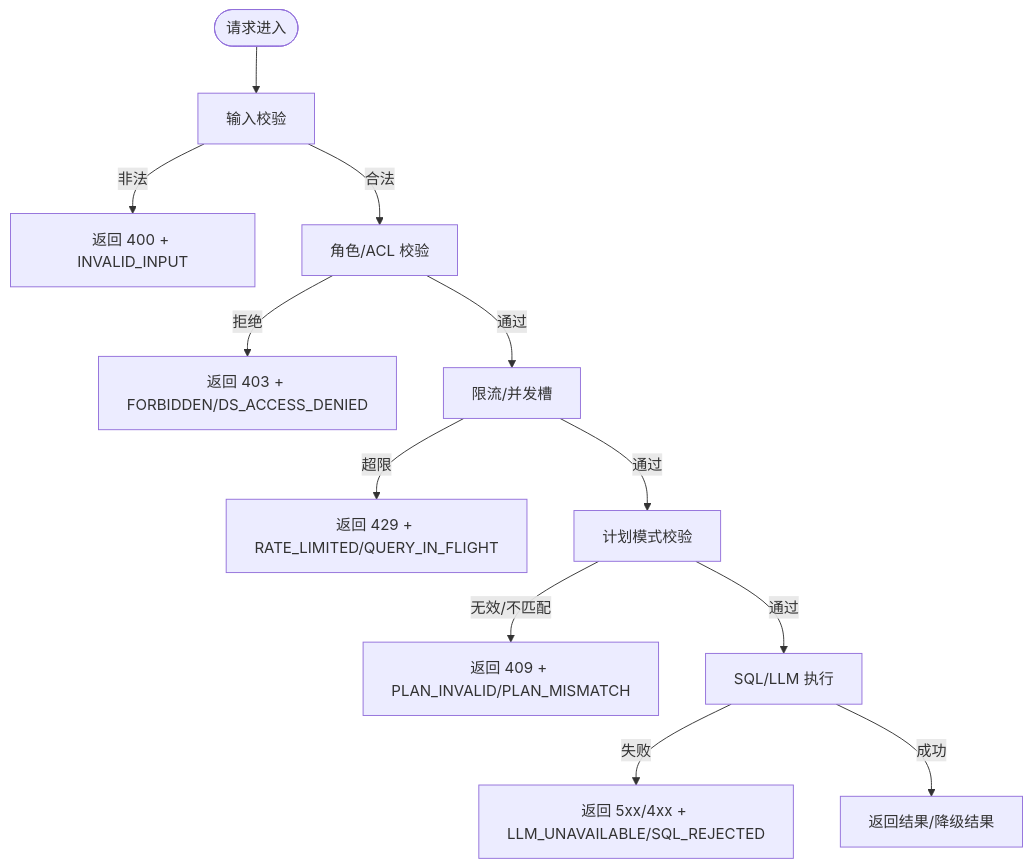
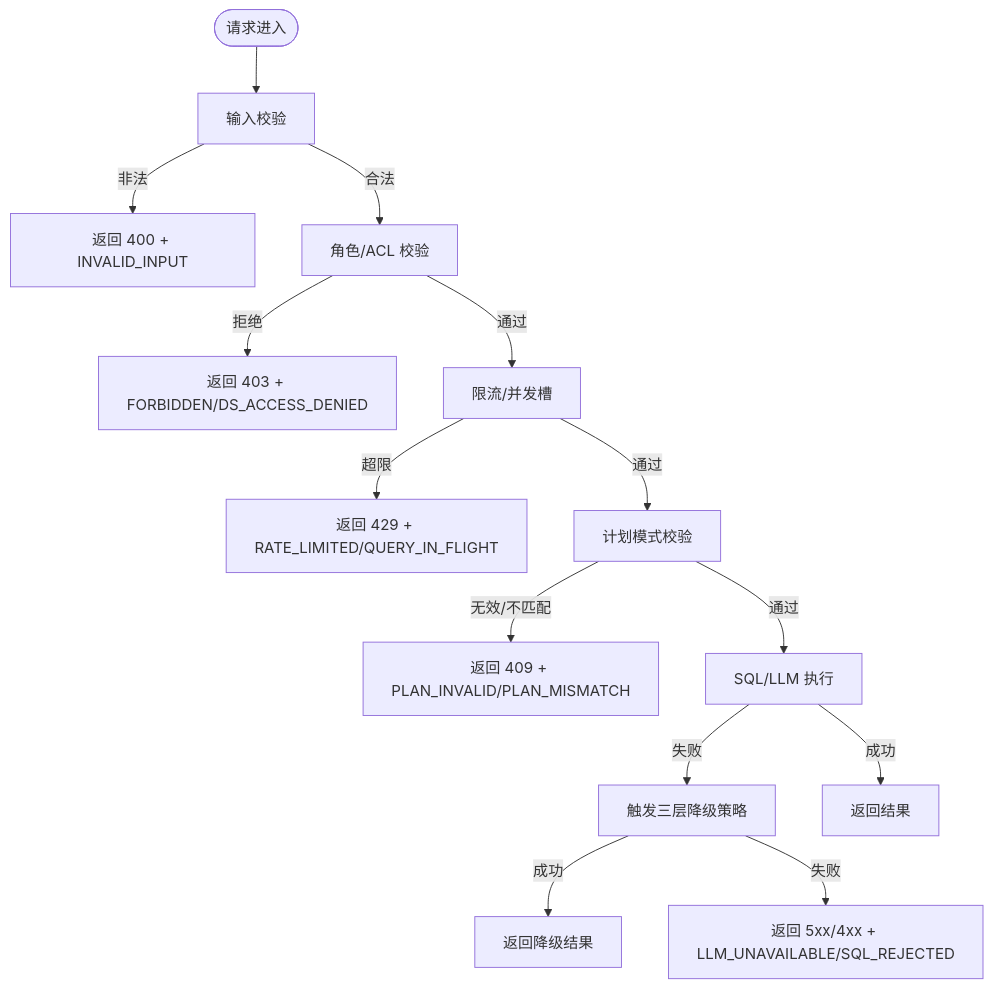
The third of 9 diagrams in .qoder/repowiki/zh/content/后端服务/API设计与规范/错误处理策略.md (dgjin/smart-data-analytics), drawn with Mermaid before and after one commit. The commit also changed other lines of this file and 10 other files, not shown here.

````diff
--- a/.qoder/repowiki/zh/content/后端服务/API设计与规范/错误处理策略.md
+++ b/.qoder/repowiki/zh/content/后端服务/API设计与规范/错误处理策略.md
@@ -138,14 +156,16 @@
 ```mermaid
 flowchart TD
 Start(["请求进入"]) --> Input["输入校验"]
 Input --> |非法| ErrInput["返回 400 + INVALID_INPUT"]
 Input --> |合法| Auth["角色/ACL 校验"]
 Auth --> |拒绝| ErrForbidden["返回 403 + FORBIDDEN/DS_ACCESS_DENIED"]
 Auth --> |通过| Rate["限流/并发槽"]
 Rate --> |超限| ErrRate["返回 429 + RATE_LIMITED/QUERY_IN_FLIGHT"]
 Rate --> |通过| Plan["计划模式校验"]
 Plan --> |无效/不匹配| ErrPlan["返回 409 + PLAN_INVALID/PLAN_MISMATCH"]
 Plan --> |通过| Exec["SQL/LLM 执行"]
-Exec --> |失败| ErrExec["返回 5xx/4xx + LLM_UNAVAILABLE/SQL_REJECTED"]
-Exec --> |成功| Done["返回结果/降级结果"]
+Exec --> |失败| Fallback["触发三层降级策略"]
+Fallback --> |成功| Success["返回降级结果"]
+Fallback --> |失败| ErrExec["返回 5xx/4xx + LLM_UNAVAILABLE/SQL_REJECTED"]
+Exec --> |成功| Done["返回结果"]
 ```
````
